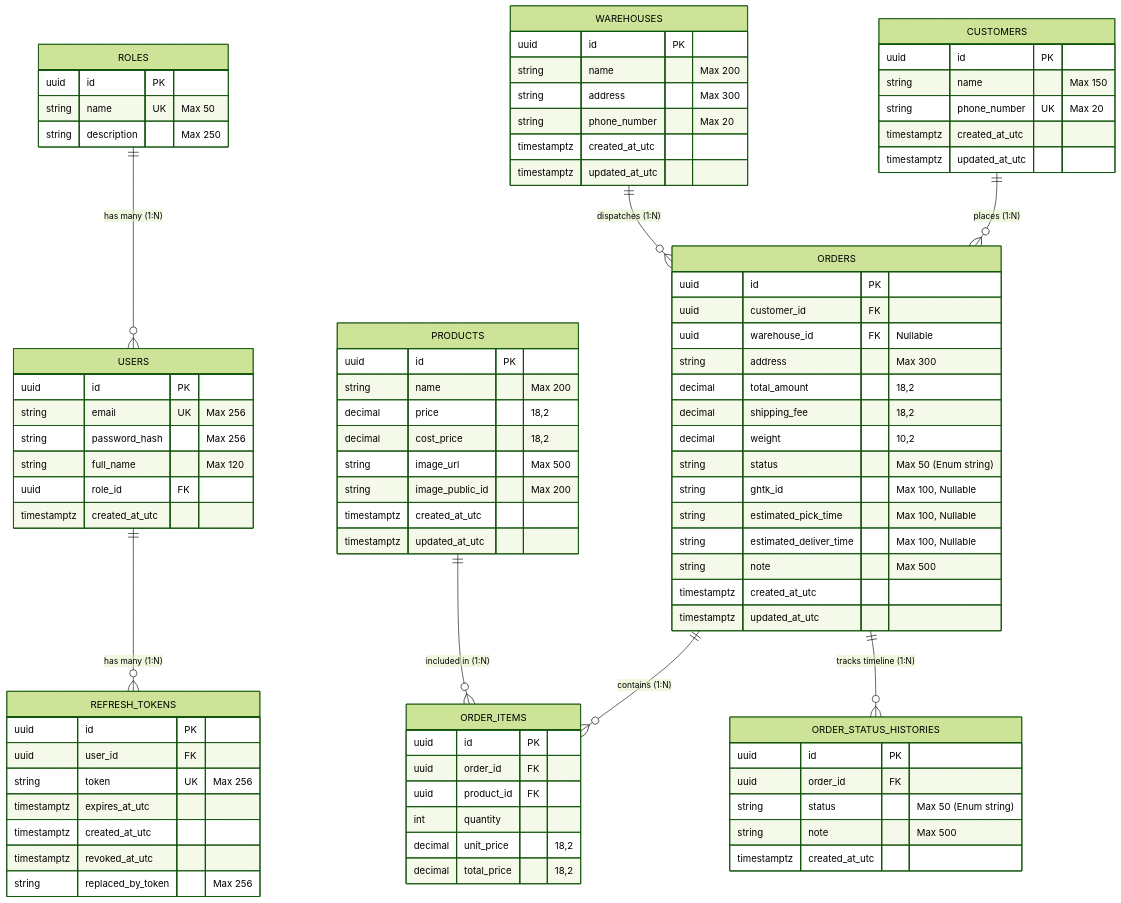
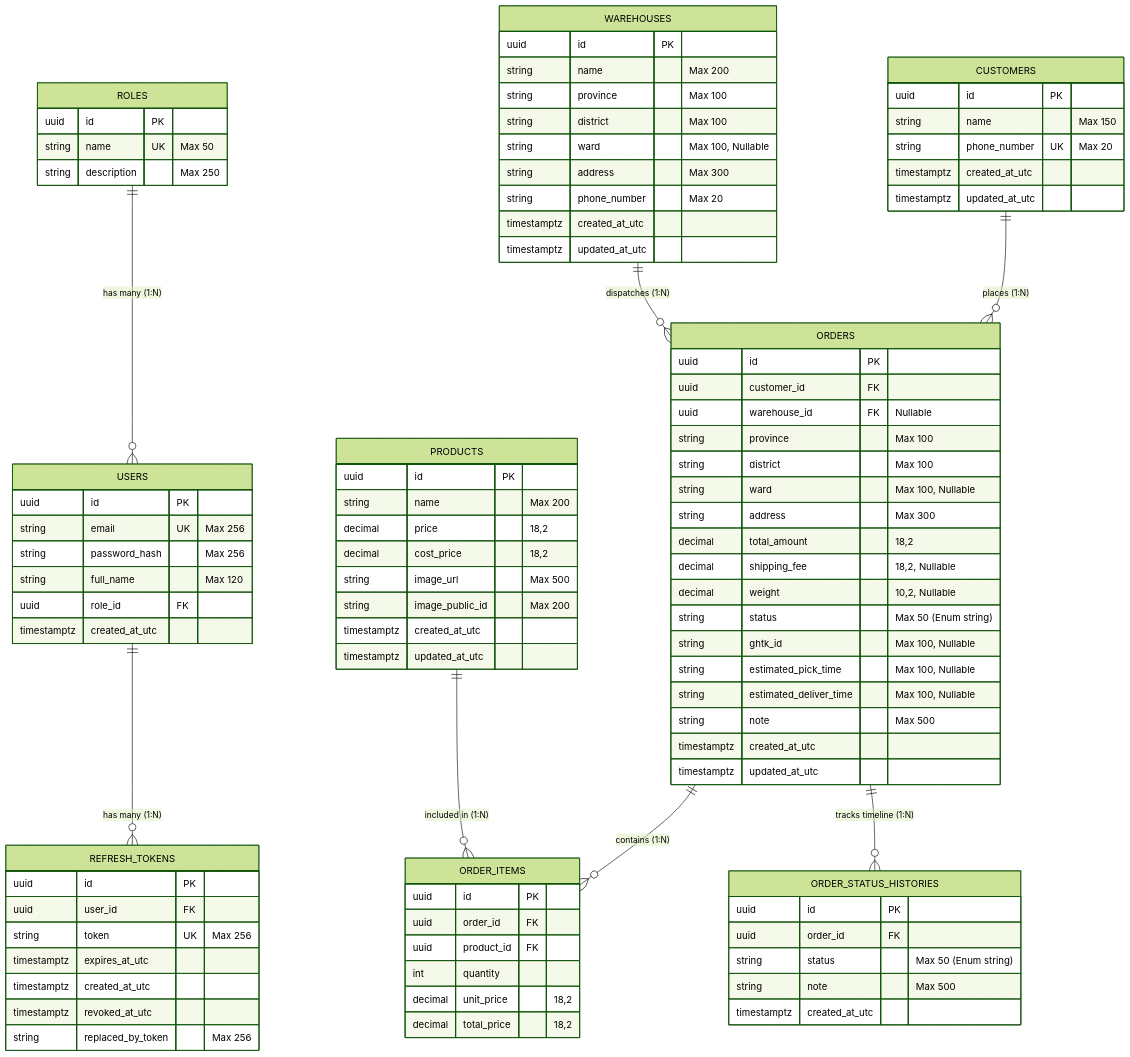
The diagram in ENTITIES_DOCUMENTATION.md (huy-ngu/thinh-phat-be), drawn with Mermaid (forest theme) before and after one commit. The commit also changed other lines of this file and 19 other files, not shown here.

```diff
--- a/ENTITIES_DOCUMENTATION.md
+++ b/ENTITIES_DOCUMENTATION.md
@@ -92,10 +92,13 @@
         uuid id PK
         uuid customer_id FK
         uuid warehouse_id FK "Nullable"
+        string province "Max 100"
+        string district "Max 100"
+        string ward "Max 100, Nullable"
         string address "Max 300"
         decimal total_amount "18,2"
-        decimal shipping_fee "18,2"
-        decimal weight "10,2"
+        decimal shipping_fee "18,2, Nullable"
+        decimal weight "10,2, Nullable"
         string status "Max 50 (Enum string)"
         string ghtk_id "Max 100, Nullable"
         string estimated_pick_time "Max 100, Nullable"
@@ -125,6 +128,9 @@
     WAREHOUSES {
         uuid id PK
         string name "Max 200"
+        string province "Max 100"
+        string district "Max 100"
+        string ward "Max 100, Nullable"
         string address "Max 300"
         string phone_number "Max 20"
         timestamptz created_at_utc
```
